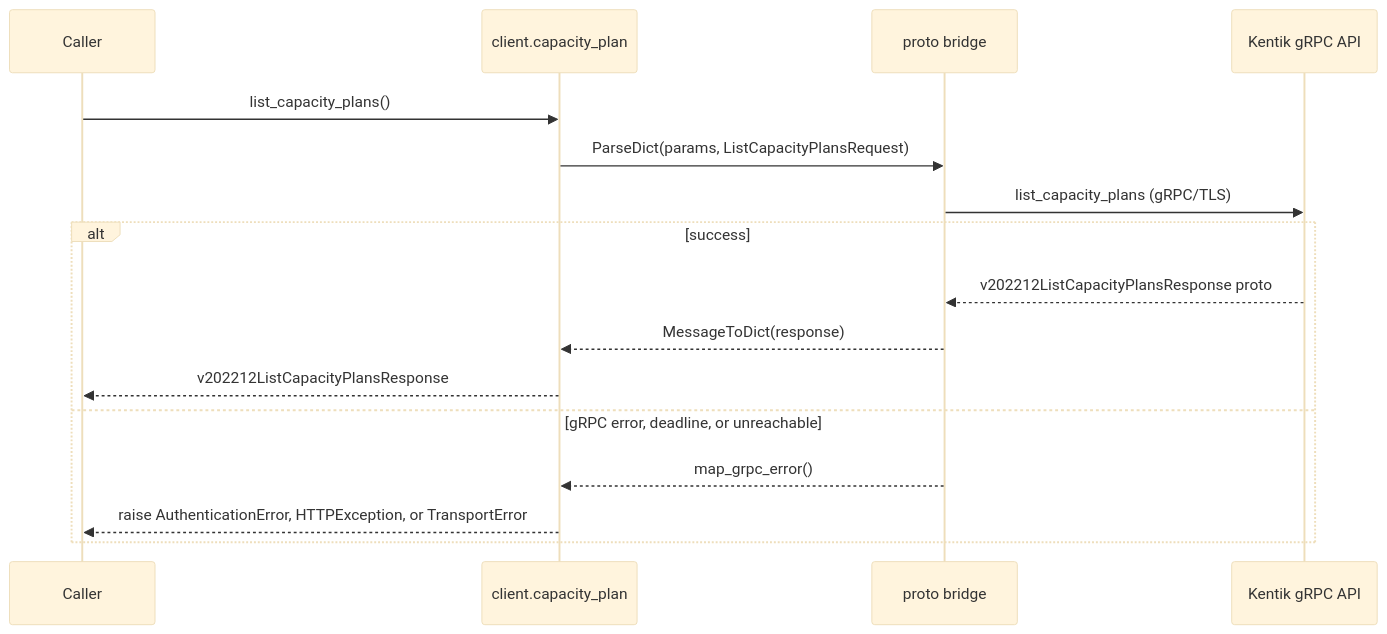
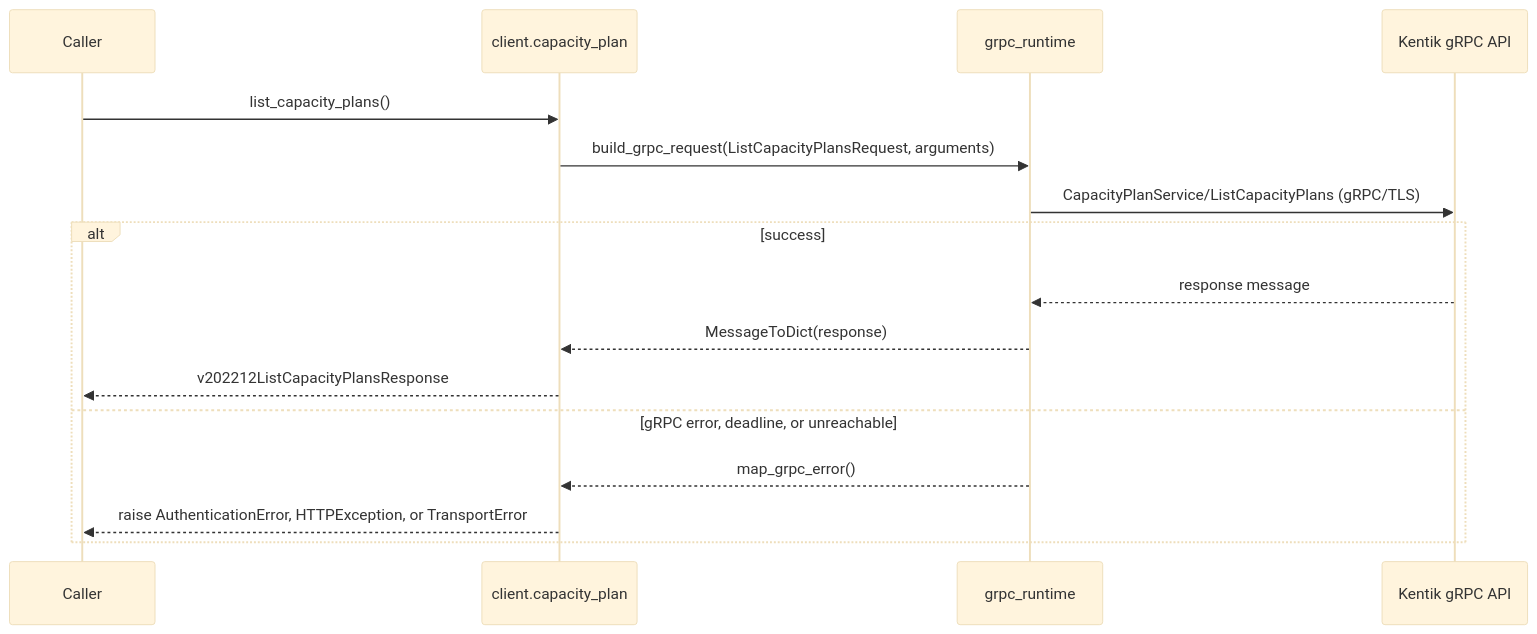
Before and after one commit to alexdearaujo/community_sdk_python: the third of 10 diagrams in docs/sphinx/services/capacity_plan.md, drawn with Mermaid (base theme). The commit also changed other lines of this file and 37 other files, not shown here.

First line of the commit message:
docs: show the real RPC in each service page's gRPC diagram

````diff
--- a/docs/sphinx/services/capacity_plan.md
+++ b/docs/sphinx/services/capacity_plan.md
@@ -59,19 +59,19 @@
 ```mermaid
 sequenceDiagram
     participant C as Caller
     participant W as client.capacity_plan
-    participant B as proto bridge
+    participant R as grpc_runtime
     participant API as Kentik gRPC API
 
     C->>W: list_capacity_plans()
-    W->>B: ParseDict(params, ListCapacityPlansRequest)
-    B->>API: list_capacity_plans (gRPC/TLS)
+    W->>R: build_grpc_request(ListCapacityPlansRequest, arguments)
+    R->>API: CapacityPlanService/ListCapacityPlans (gRPC/TLS)
     alt success
-        API-->>B: v202212ListCapacityPlansResponse proto
-        B-->>W: MessageToDict(response)
+        API-->>R: response message
+        R-->>W: MessageToDict(response)
         W-->>C: v202212ListCapacityPlansResponse
     else gRPC error, deadline, or unreachable
-        B-->>W: map_grpc_error()
+        R-->>W: map_grpc_error()
         W-->>C: raise AuthenticationError, HTTPException, or TransportError
     end
 ```
````
